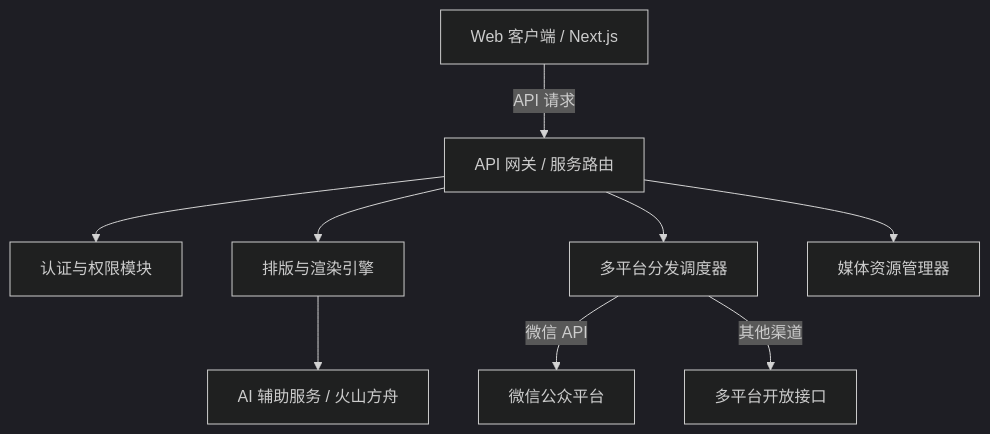
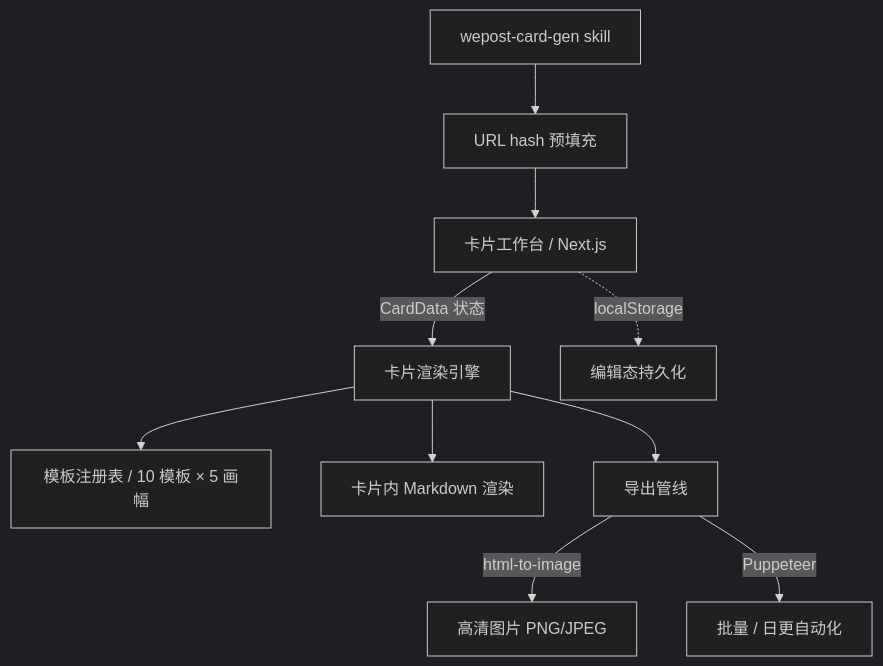
Before and after one commit to zaneven/WePost: the diagram in AGENTS.md, drawn with Mermaid (dark theme). The commit also changed other lines of this file and 13 other files, not shown here.

Commit message:
refactor: pivot project scope from multi-platform publishing engine to static social media card generator

````diff
--- a/AGENTS.md
+++ b/AGENTS.md
@@ -45,11 +47,12 @@
 ```mermaid
 graph TD
-    Client[Web 客户端 / Next.js] -->|API 请求| Gateway[API 网关 / 服务路由]
-    Gateway --> Auth[认证与权限模块]
-    Gateway --> Editor[排版与渲染引擎]
-    Gateway --> Publisher[多平台分发调度器]
-    Gateway --> Media[媒体资源管理器]
-    Publisher -->|微信 API| WechatPlatform[微信公众平台]
-    Publisher -->|其他渠道| MultiPlatform[多平台开放接口]
-    Editor --> AI[AI 辅助服务 / 火山方舟]
+    Editor[卡片工作台 / Next.js] -->|CardData 状态| Engine[卡片渲染引擎]
+    Engine --> Templates[模板注册表 / 10 模板 × 5 画幅]
+    Engine --> Markdown[卡片内 Markdown 渲染]
+    Engine --> Export[导出管线]
+    Export -->|html-to-image| Img[高清图片 PNG/JPEG]
+    Export -->|Puppeteer| Auto[批量 / 日更自动化]
+    Hash[URL hash 预填充] --> Editor
+    Skill[wepost-card-gen skill] --> Hash
+    Editor -.->|localStorage| Persist[编辑态持久化]
 ```
````
